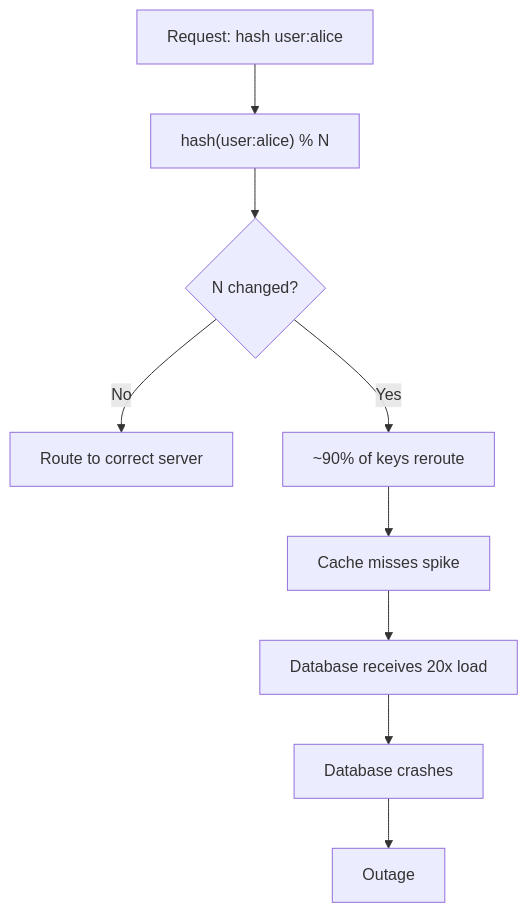
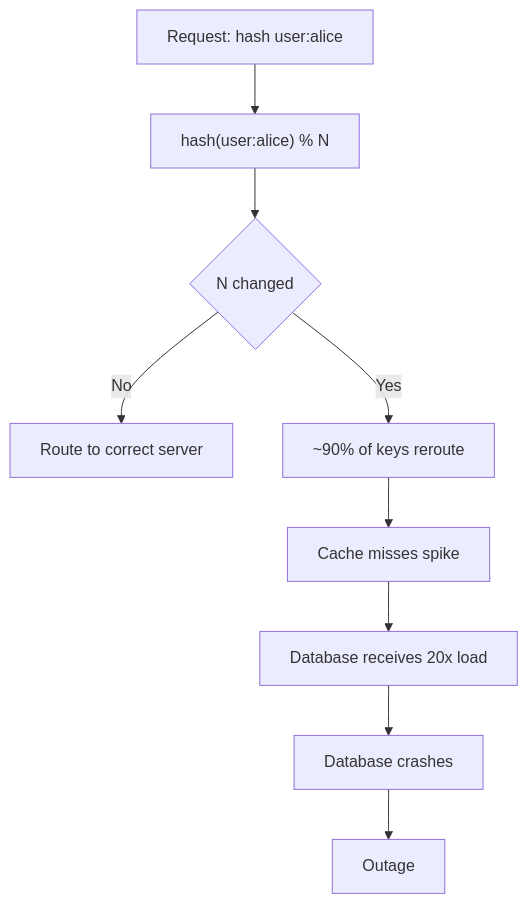
Before and after one commit to ranjeetnegi/System-Design-for-Staff-SWE: the first of 22 diagrams in Section0/Chapter_6_Core_Building_Blocks.md, drawn with Mermaid. The commit also changed other lines of this file and 11 other files, not shown here.

````diff
--- a/Section0/Chapter_6_Core_Building_Blocks.md
+++ b/Section0/Chapter_6_Core_Building_Blocks.md
@@ -150,11 +150,11 @@
 ```mermaid
 flowchart TD
     A[Request: hash user:alice] --> B["hash(user:alice) % N"]
-    B --> C{N changed?}
+    B --> C{N changed }
     C -- No --> D[Route to correct server]
     C -- Yes --> E["~90% of keys reroute"]
     E --> F[Cache misses spike]
     F --> G[Database receives 20x load]
     G --> H[Database crashes]
     H --> I[Outage]
 ```
````
